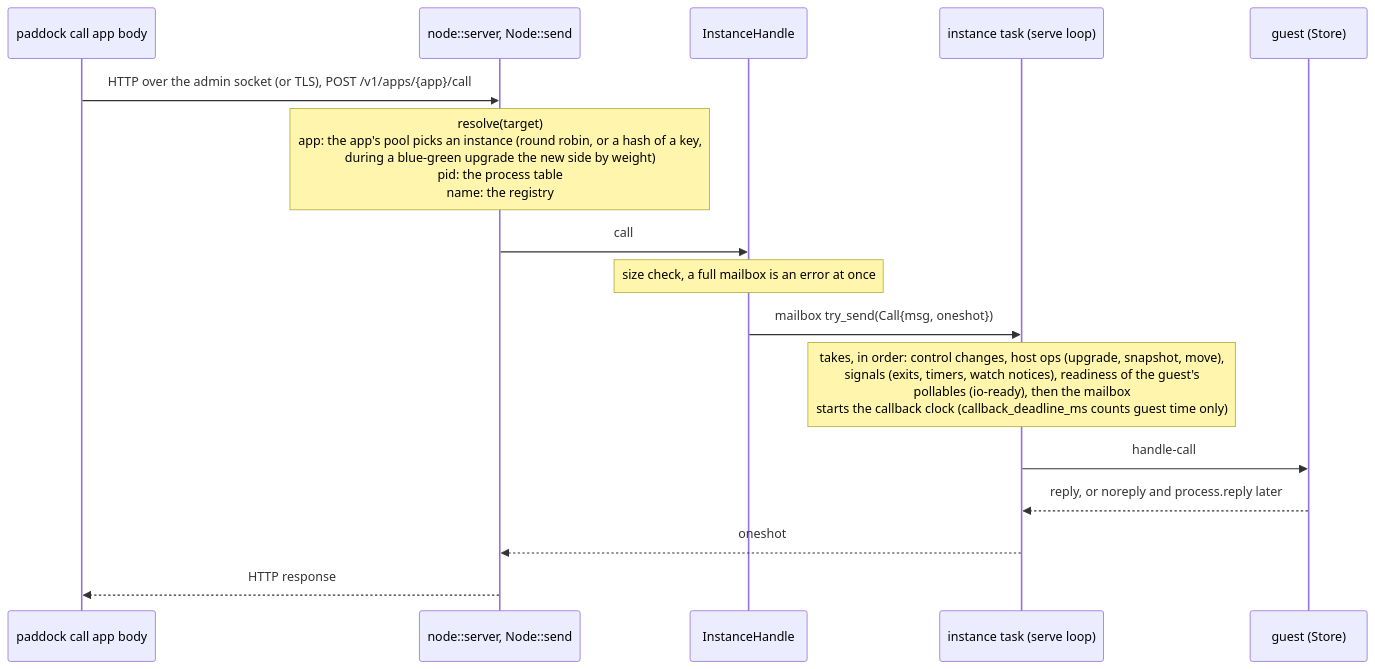
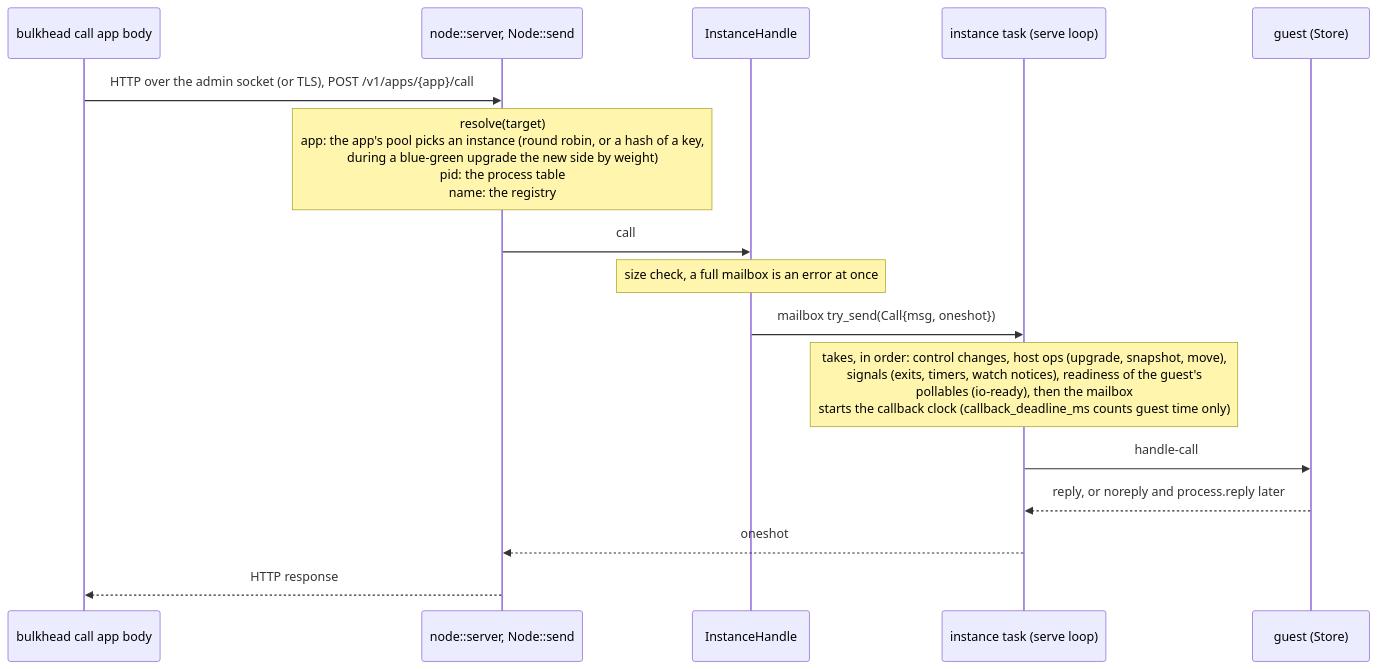
Before and after one commit to jrobhoward/paddock: the second of 6 diagrams in docs/ARCHITECTURE.md, drawn with Mermaid. The commit also changed other lines of this file and 955 other files, not shown here.

Commit message:
Fork Paddock as Bulkhead: rename everything

````diff
--- a/docs/ARCHITECTURE.md
+++ b/docs/ARCHITECTURE.md
@@ -68,18 +68,18 @@
 ```mermaid
 sequenceDiagram
-    participant CLI as paddock call app body
+    participant CLI as bulkhead call app body
     participant Node as node::server, Node::send
     participant H as InstanceHandle
     participant T as instance task (serve loop)
     participant G as guest (Store)
     CLI->>Node: HTTP over the admin socket (or TLS), POST /v1/apps/{app}/call
     Note over Node: resolve(target)<br/>app: the app's pool picks an instance (round robin, or a hash of a key,<br/>during a blue-green upgrade the new side by weight)<br/>pid: the process table<br/>name: the registry
     Node->>H: call
     Note over H: size check, a full mailbox is an error at once
     H->>T: mailbox try_send(Call{msg, oneshot})
     Note over T: takes, in order: control changes, host ops (upgrade, snapshot, move),<br/>signals (exits, timers, watch notices), readiness of the guest's<br/>pollables (io-ready), then the mailbox<br/>starts the callback clock (callback_deadline_ms counts guest time only)
     T->>G: handle-call
     G-->>T: reply, or noreply and process.reply later
     T-->>Node: oneshot
     Node-->>CLI: HTTP response
 ```
````
